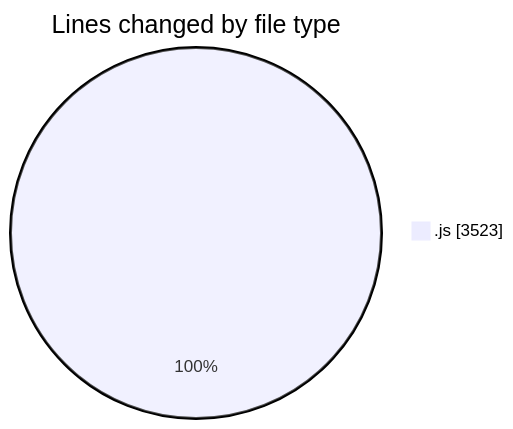
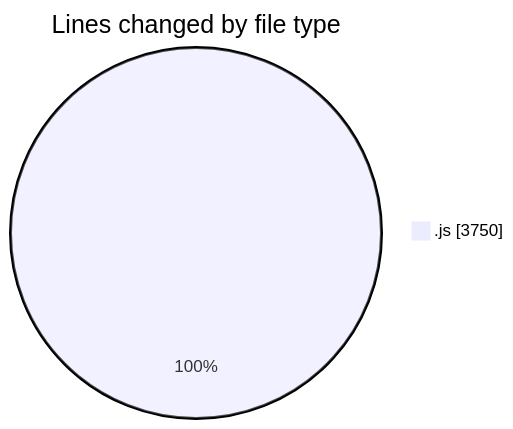
The first of 2 diagrams in 2025-09-03/nxtqube_webapp/README.md (nxtqubesakshisongat/code-tracking), drawn with Mermaid before and after one commit. The commit also changed other lines of this file and 1 other file, not shown here.

````diff
--- a/2025-09-03/nxtqube_webapp/README.md
+++ b/2025-09-03/nxtqube_webapp/README.md
@@ -20,5 +20,5 @@
 ```mermaid
 pie showData
 title Lines changed by file type
-".js" : 3523
+".js" : 3750
 ```
````
